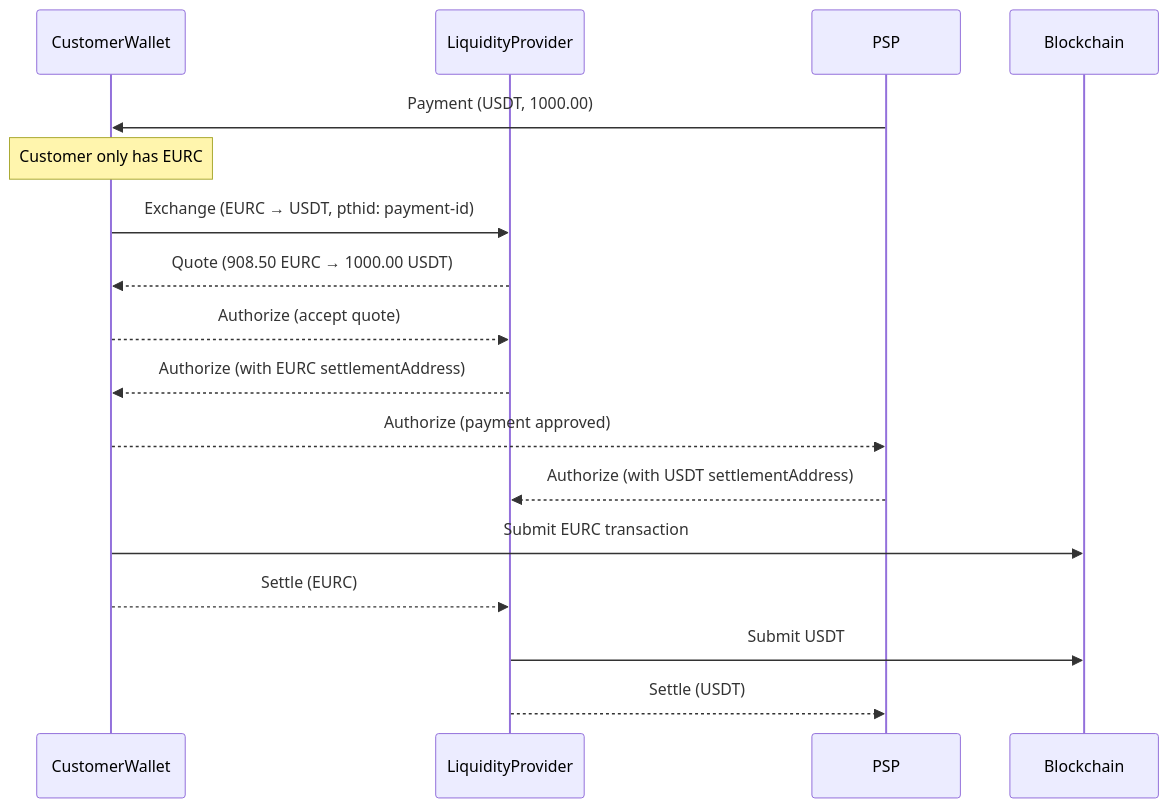
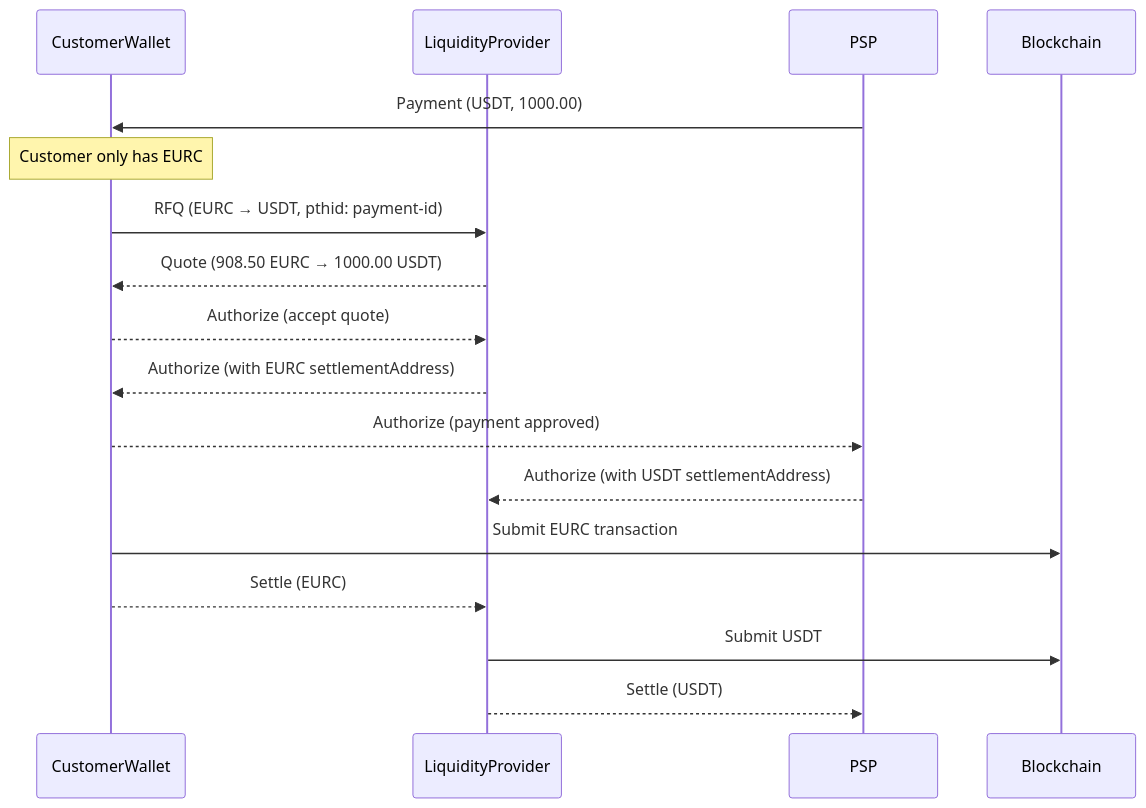
One commit to TransactionAuthorizationProtocol/TAIPs changed the sixth of 6 diagrams in TAIPs/taip-14.md. Above: the diagram before and after it, drawn with Mermaid. The commit also changed other lines of this file and 11 other files, not shown here.

First line of the commit message:
Rename TAIP-18 Exchange message type to RFQ

````diff
--- a/TAIPs/taip-14.md
+++ b/TAIPs/taip-14.md
@@ -221,23 +221,23 @@
 ```mermaid
 sequenceDiagram
     participant CustomerWallet
     participant LiquidityProvider
     participant PSP
     participant Blockchain
 
     PSP->>CustomerWallet: Payment (USDT, 1000.00)
     Note over CustomerWallet: Customer only has EURC
     
-    CustomerWallet->>LiquidityProvider: Exchange (EURC → USDT, pthid: payment-id)
+    CustomerWallet->>LiquidityProvider: RFQ (EURC → USDT, pthid: payment-id)
     LiquidityProvider-->>CustomerWallet: Quote (908.50 EURC → 1000.00 USDT)
     
     CustomerWallet-->>LiquidityProvider: Authorize (accept quote)
     LiquidityProvider-->>CustomerWallet: Authorize (with EURC settlementAddress)
     CustomerWallet-->>PSP: Authorize (payment approved)
     PSP-->>LiquidityProvider: Authorize (with USDT settlementAddress)
 
     CustomerWallet->>Blockchain: Submit EURC transaction
     CustomerWallet-->>LiquidityProvider: Settle (EURC)
     LiquidityProvider->>Blockchain: Submit USDT
     LiquidityProvider-->>PSP: Settle (USDT)
 ```
````
